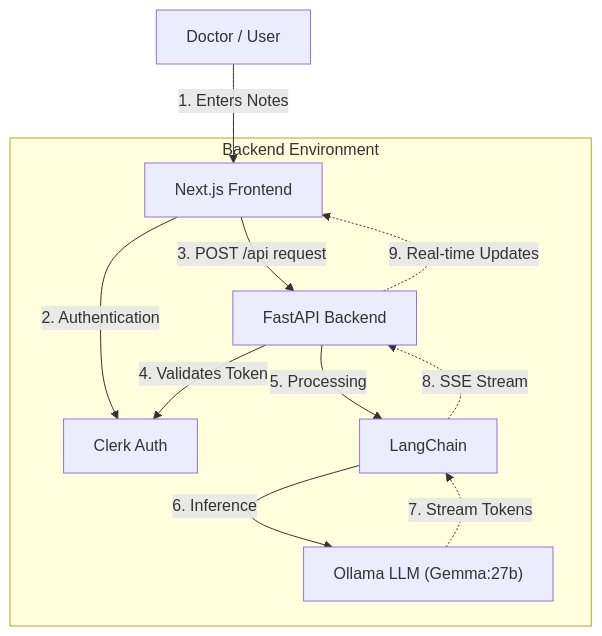
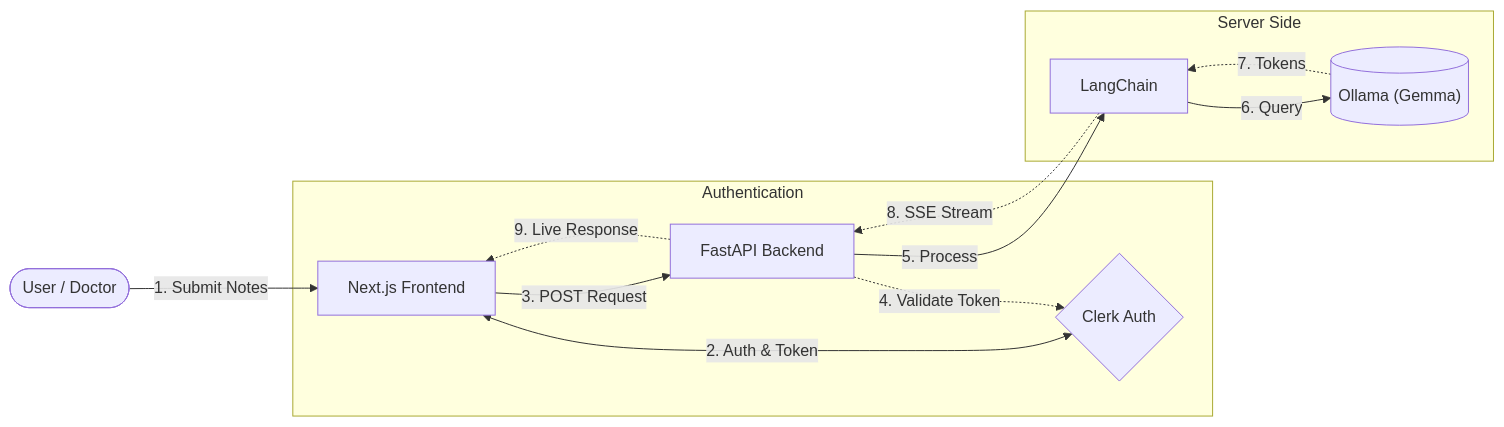
Before and after one commit to baloglu321/mlops-journey: the diagram in week-1/day-4/saas/README.md, drawn with Mermaid.

````diff
--- a/week-1/day-4/saas/README.md
+++ b/week-1/day-4/saas/README.md
@@ -14,16 +14,30 @@
 ```mermaid
-graph TD
-    User[Doctor / User] -->|1. Enters Notes| UI[Next.js Frontend]
-    UI -->|2. Authentication| Clerk[Clerk Auth]
+flowchart LR
+    %% Core Nodes
+    User([User / Doctor])
+    UI[Next.js Frontend]
+    API[FastAPI Backend]
+    Clerk{Clerk Auth}
+    Ollama[("Ollama (Gemma)")]
+    LC[LangChain]
+
+    %% Flow
+    User -->|1. Submit Notes| UI
     
-    subgraph Local_or_Cloud [Backend Environment]
-        UI -->|3. POST /api request| API[FastAPI Backend]
-        API -->|4. Validates Token| Clerk
-        API -->|5. Processing| LangChain[LangChain]
-        LangChain -->|6. Inference| Ollama["Ollama LLM (Gemma:27b)"]
+    subgraph Authentication
+        UI <-->|2. Auth & Token| Clerk
+        API -.->|4. Validate Token| Clerk
     end
-    
-    Ollama -.->|7. Stream Tokens| LangChain
-    LangChain -.->|8. SSE Stream| API
-    API -.->|9. Real-time Updates| UI
+
+    subgraph "Server Side"
+        UI -->|3. POST Request| API
+        API -->|5. Process| LC
+        LC -->|6. Query| Ollama
+        
+        %% Streaming Return
+        Ollama -.->|7. Tokens| LC
+        LC -.->|8. SSE Stream| API
+    end
+
+    API -.->|9. Live Response| UI
 ```
````
